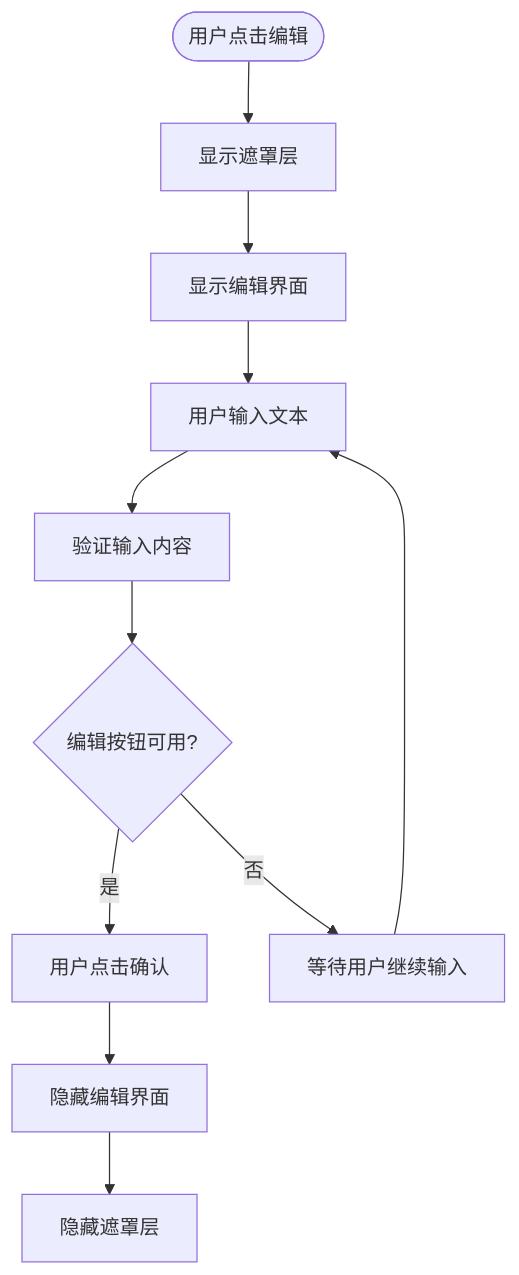
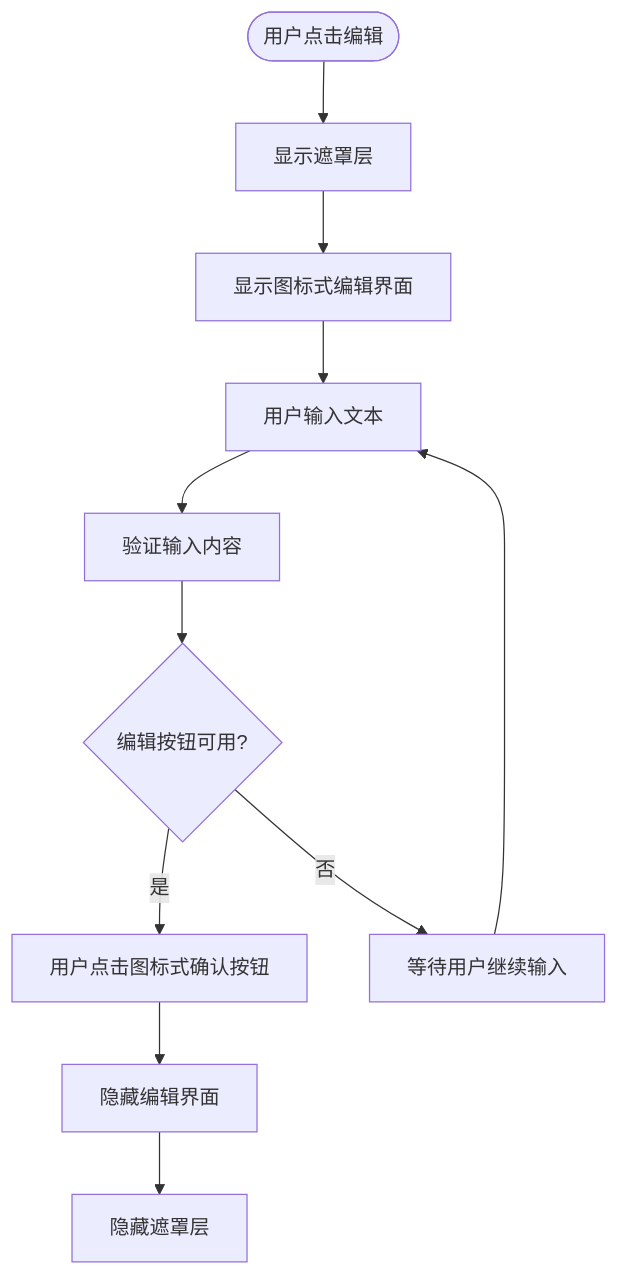
The seventh of 10 diagrams in .qoder/repowiki/zh/content/消息编辑功能.md (Easemob-Community/easemob-uikit-uniapp-community), drawn with Mermaid before and after one commit. The commit also changed other lines of this file and 4 other files, not shown here.

````diff
--- a/.qoder/repowiki/zh/content/消息编辑功能.md
+++ b/.qoder/repowiki/zh/content/消息编辑功能.md
@@ -419,13 +428,13 @@
 ```mermaid
 flowchart TD
 Start([用户点击编辑]) --> ShowMask["显示遮罩层"]
-ShowMask --> ShowEdit["显示编辑界面"]
+ShowMask --> ShowEdit["显示图标式编辑界面"]
 ShowEdit --> UserInput["用户输入文本"]
 UserInput --> ValidateInput["验证输入内容"]
 ValidateInput --> EnableButton{"编辑按钮可用?"}
-EnableButton --> |是| ClickButton["用户点击确认"]
+EnableButton --> |是| ClickButton["用户点击图标式确认按钮"]
 EnableButton --> |否| WaitInput["等待用户继续输入"]
 ClickButton --> HideEdit["隐藏编辑界面"]
 HideEdit --> HideMask["隐藏遮罩层"]
 WaitInput --> UserInput
 ```
````
